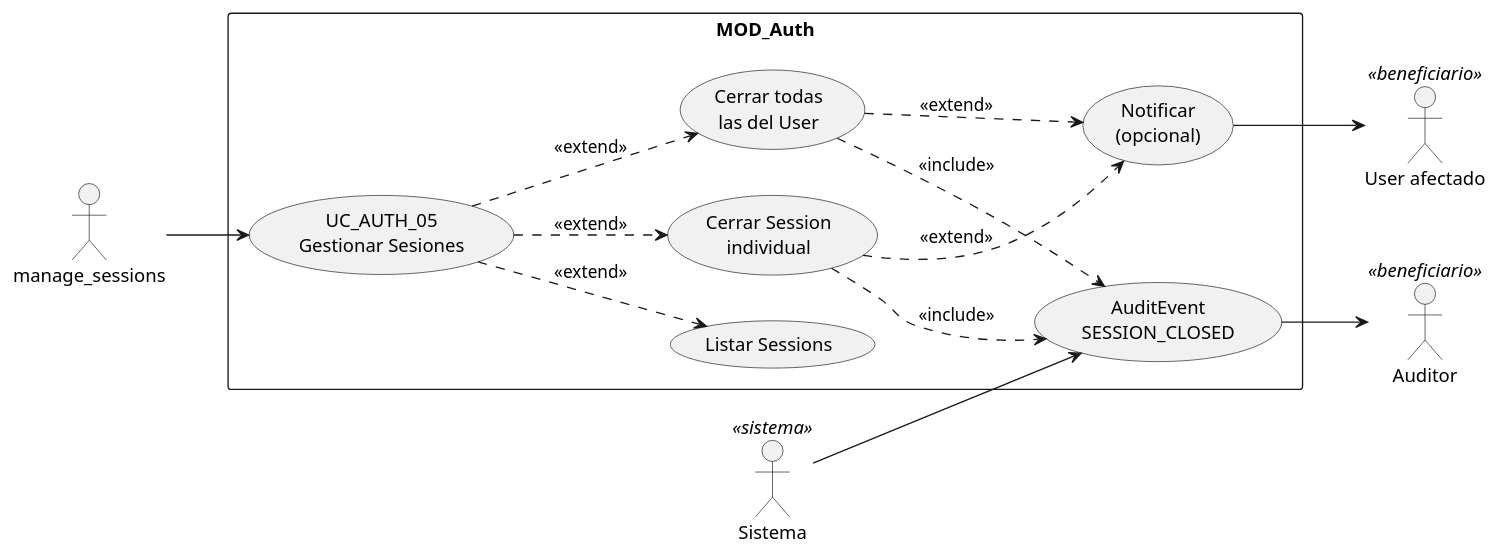
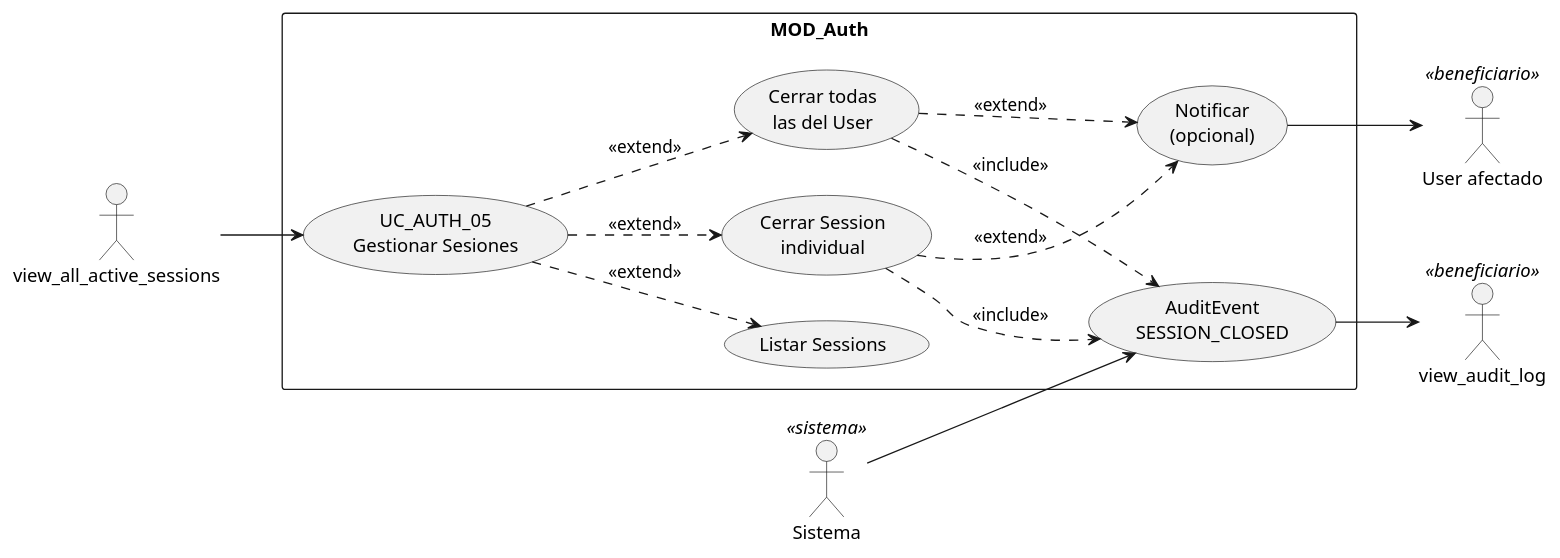
One commit to jcg-admin/IACT-docs changed the first of 4 diagrams in source/requisitos/casos-uso/auth/uc-auth-05/diagramas-uml.rst. Above: the diagram before and after it, drawn with PlantUML. The commit also changed 157 other files, not shown here.

First line of the commit message:
Enforce catalog function names across all diagrams

```diff
--- a/source/requisitos/casos-uso/auth/uc-auth-05/diagramas-uml.rst
+++ b/source/requisitos/casos-uso/auth/uc-auth-05/diagramas-uml.rst
@@ -10,34 +10,34 @@
 .. uml::
  :caption: UC_AUTH_05 — actores y casos asociados
 
  @startuml
 
  left to right direction
 
- actor "manage_sessions" as ADMIN
+ actor "view_all_active_sessions" as ADMIN
  actor "User afectado" as USER <<beneficiario>>
- actor "Auditor" as AUD <<beneficiario>>
+ actor "view_audit_log" as AUD <<beneficiario>>
  actor "Sistema" as SYS <<sistema>>
 
  rectangle "MOD_Auth" {
    usecase "UC_AUTH_05\nGestionar Sesiones" as UC05
    usecase "Listar Sessions" as LST
    usecase "Cerrar Session\nindividual" as C1
    usecase "Cerrar todas\nlas del User" as CALL
    usecase "Notificar\n(opcional)" as NOT
    usecase "AuditEvent\nSESSION_CLOSED" as EMI
  }
 
  ADMIN --> UC05
  UC05 ..> LST : <<extend>>
  UC05 ..> C1 : <<extend>>
  UC05 ..> CALL : <<extend>>
  C1 ..> EMI : <<include>>
  CALL ..> EMI : <<include>>
  C1 ..> NOT : <<extend>>
  CALL ..> NOT : <<extend>>
  NOT --> USER
  SYS --> EMI
  EMI --> AUD
 
  @enduml
```
